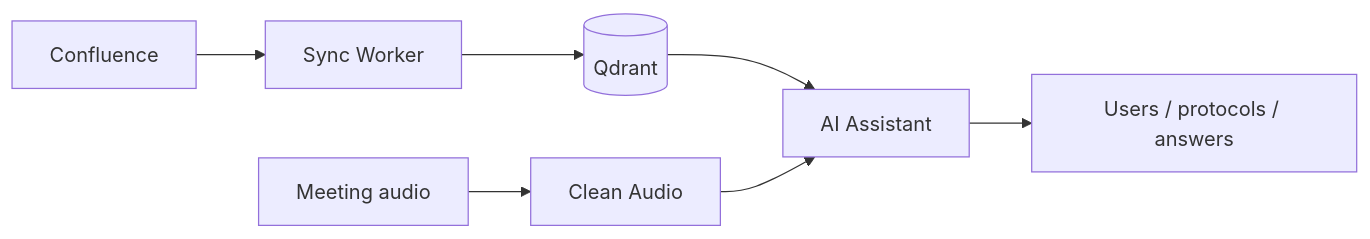
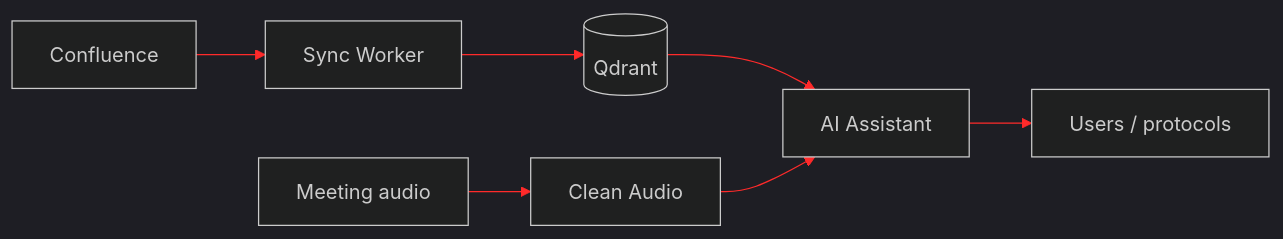
Before and after one commit to artyom-ai-dev/artyom-ai-dev: the diagram in README.md, drawn with Mermaid. The commit also changed other lines of this file and 9 other files, not shown here.

````diff
--- a/README.md
+++ b/README.md
@@ -61,9 +94,10 @@
 ```mermaid
+%%{init: {'theme': 'dark', 'themeVariables': { 'primaryColor': '#2a0000', 'primaryTextColor': '#ffd0d0', 'primaryBorderColor': '#ff2a2a', 'lineColor': '#ff2a2a', 'secondaryColor': '#140000', 'tertiaryColor': '#000000'}}}%%
 flowchart LR
   CF[Confluence] --> W[Sync Worker]
   W --> Q[(Qdrant)]
   Q --> AI[AI Assistant]
   MIC[Meeting audio] --> CA[Clean Audio]
   CA --> AI
-  AI --> U[Users / protocols / answers]
+  AI --> U[Users / protocols]
 ```
````
